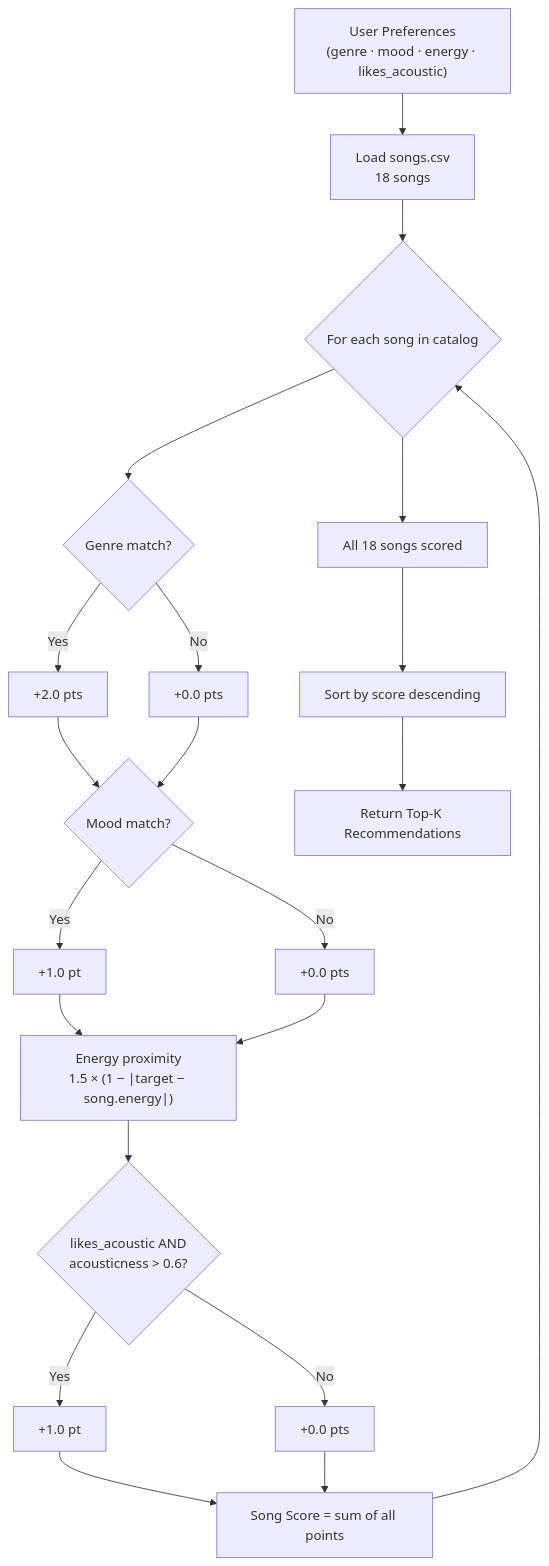
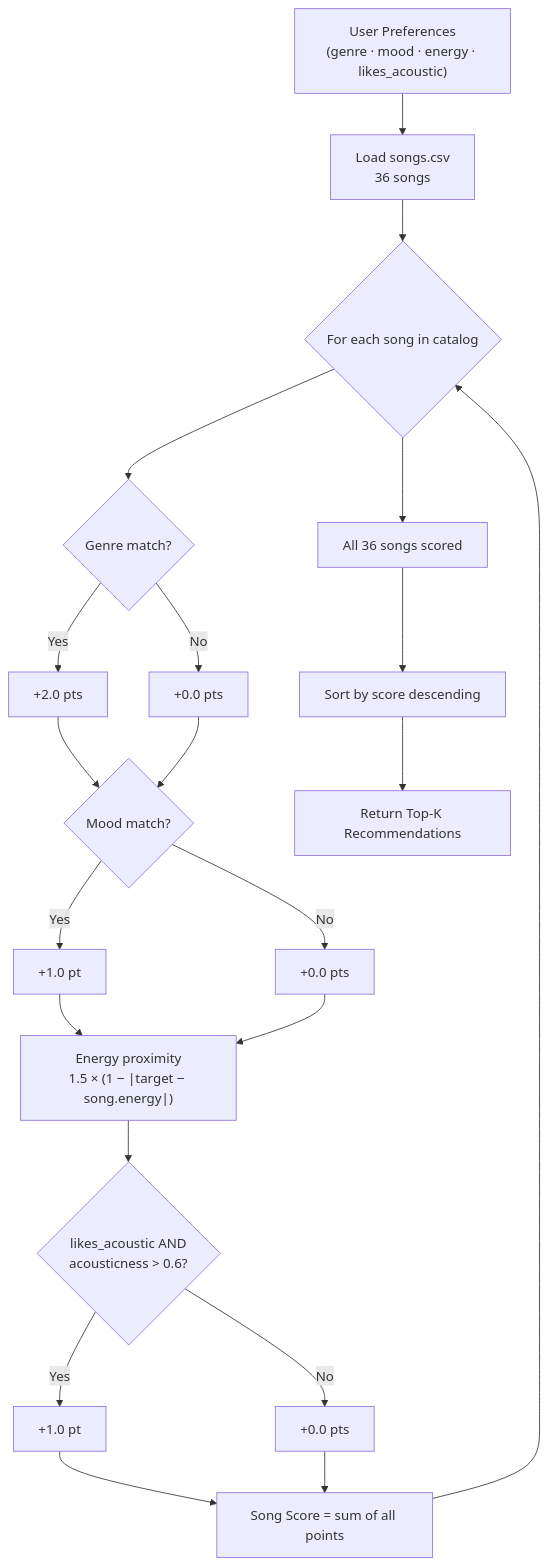
The diagram in README.md (Z0Z0-12/ai110-module3show-musicrecommendersimulation-starter), drawn with Mermaid before and after one commit. The commit also changed other lines of this file and 6 other files, not shown here.

````diff
--- a/README.md
+++ b/README.md
@@ -86,23 +92,23 @@
 ```mermaid
 flowchart TD
-    A["User Preferences\n(genre · mood · energy · likes_acoustic)"] --> B["Load songs.csv\n18 songs"]
+    A["User Preferences\n(genre · mood · energy · likes_acoustic)"] --> B["Load songs.csv\n36 songs"]
     B --> C{"For each song in catalog"}
     C --> D{"Genre match?"}
     D -- Yes --> E["+2.0 pts"]
     D -- No  --> F["+0.0 pts"]
     E --> G{"Mood match?"}
     F --> G
     G -- Yes --> H["+1.0 pt"]
     G -- No  --> I["+0.0 pts"]
     H --> J["Energy proximity\n1.5 × (1 − |target − song.energy|)"]
     I --> J
     J --> K{"likes_acoustic AND\nacousticness > 0.6?"}
     K -- Yes --> L["+1.0 pt"]
     K -- No  --> M["+0.0 pts"]
     L --> N["Song Score = sum of all points"]
     M --> N
     N --> C
-    C --> O["All 18 songs scored"]
+    C --> O["All 36 songs scored"]
     O --> P["Sort by score descending"]
     P --> Q["Return Top-K Recommendations"]
 ```
````
